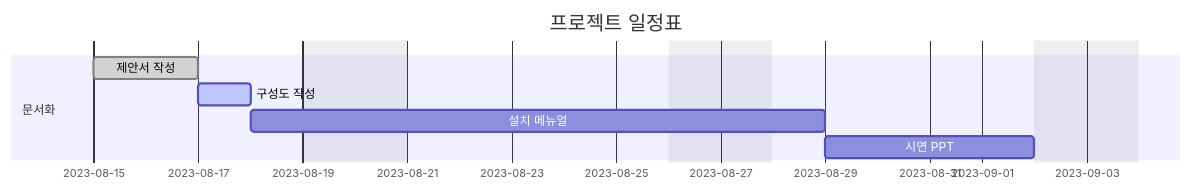
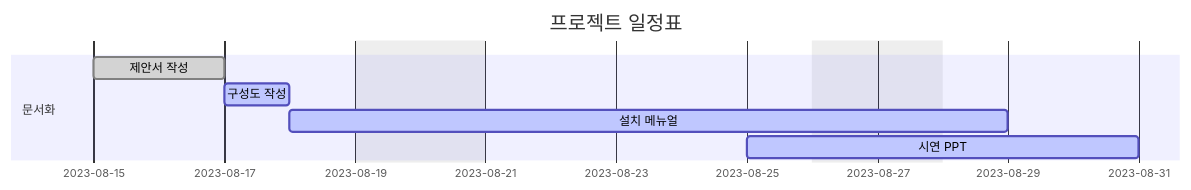
Before and after one commit to LOFL404/project1: the diagram in README.md, drawn with Mermaid.

````diff
--- a/README.md
+++ b/README.md
@@ -1,16 +1,16 @@
 ```mermaid
 gantt
     dateFormat  YYYY-MM-DD
     axisFormat  %Y-%m-%d
     title       프로젝트 일정표
     excludes    weekends saturday,sunday
     
     section 문서화
     제안서 작성     :done,    a, 2023-08-15, 2d
     구성도 작성     :active,  b, 2023-08-17, 1d
-    설치 메뉴얼     :c, after b, 7d
-    시연 PPT        :after c, 4d
+    설치 메뉴얼     :active,  c, 2023-08-18, 7d
+    시연 PPT        :active,  d, 2023-08-25, 4d
 
     section 구현
     
 ```
````
